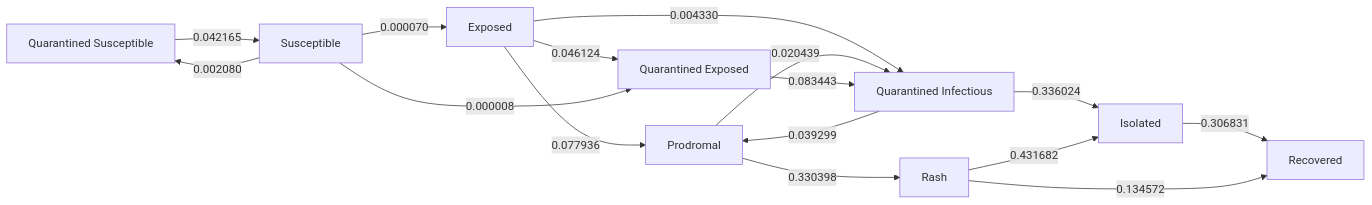
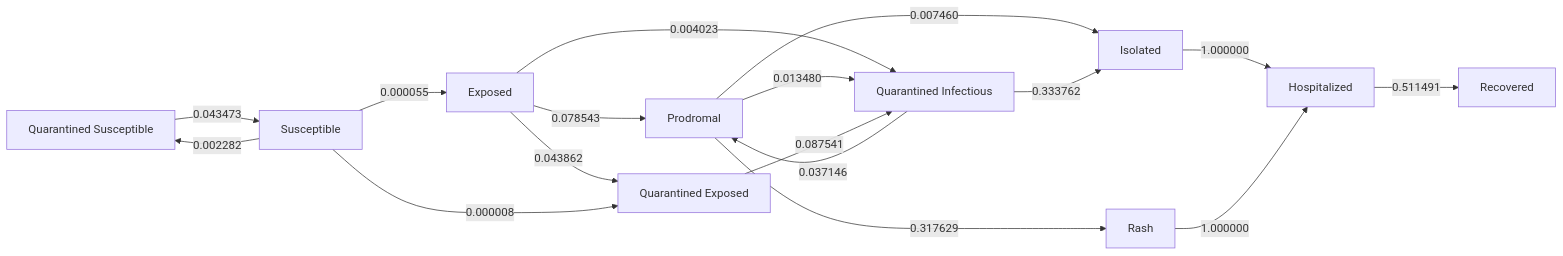
One commit to EpiForeSITE/epiworld-measles changed the diagram in school_quarantine/new_bridge_88_npi.md. Above: the diagram before and after it, drawn with Mermaid. The commit also changed other lines of this file and 12 other files, not shown here.

````diff
--- a/school_quarantine/new_bridge_88_npi.md
+++ b/school_quarantine/new_bridge_88_npi.md
@@ -130,28 +134,30 @@
 ``` mermaid
 flowchart LR
     s0[Exposed]
-    s1[Isolated]
-    s2[Prodromal]
-    s3[Quarantined Exposed]
-    s4[Quarantined Infectious]
-    s5[Quarantined Susceptible]
-    s6[Rash]
-    s7[Recovered]
-    s8[Susceptible]
-    s0 -->|0.077936| s2
-    s0 -->|0.046124| s3
-    s0 -->|0.004330| s4
-    s1 -->|0.306831| s7
-    s2 -->|0.020439| s4
-    s2 -->|0.330398| s6
-    s3 -->|0.083443| s4
-    s4 -->|0.336024| s1
-    s4 -->|0.039299| s2
-    s5 -->|0.042165| s8
-    s6 -->|0.431682| s1
-    s6 -->|0.134572| s7
-    s8 -->|0.000070| s0
-    s8 -->|0.000008| s3
-    s8 -->|0.002080| s5
+    s1[Hospitalized]
+    s2[Isolated]
+    s3[Prodromal]
+    s4[Quarantined Exposed]
+    s5[Quarantined Infectious]
+    s6[Quarantined Susceptible]
+    s7[Rash]
+    s8[Recovered]
+    s9[Susceptible]
+    s0 -->|0.078543| s3
+    s0 -->|0.043862| s4
+    s0 -->|0.004023| s5
+    s1 -->|0.511491| s8
+    s2 -->|1.000000| s1
+    s3 -->|0.007460| s2
+    s3 -->|0.013480| s5
+    s3 -->|0.317629| s7
+    s4 -->|0.087541| s5
+    s5 -->|0.333762| s2
+    s5 -->|0.037146| s3
+    s6 -->|0.043473| s9
+    s7 -->|1.000000| s1
+    s9 -->|0.000055| s0
+    s9 -->|0.000008| s4
+    s9 -->|0.002282| s6
 
 ```
````
